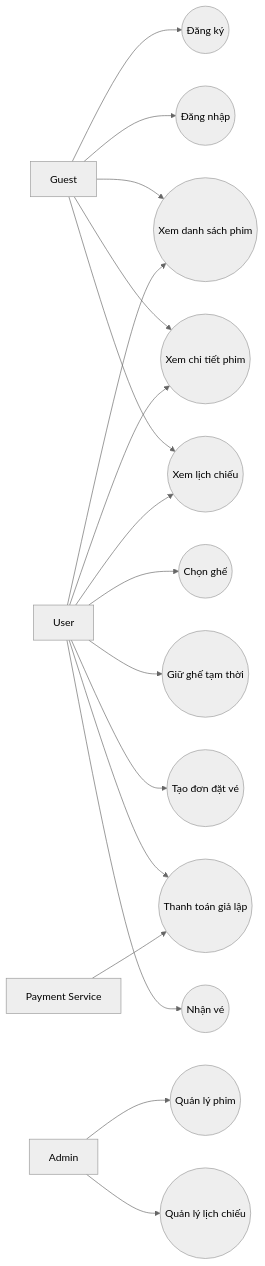
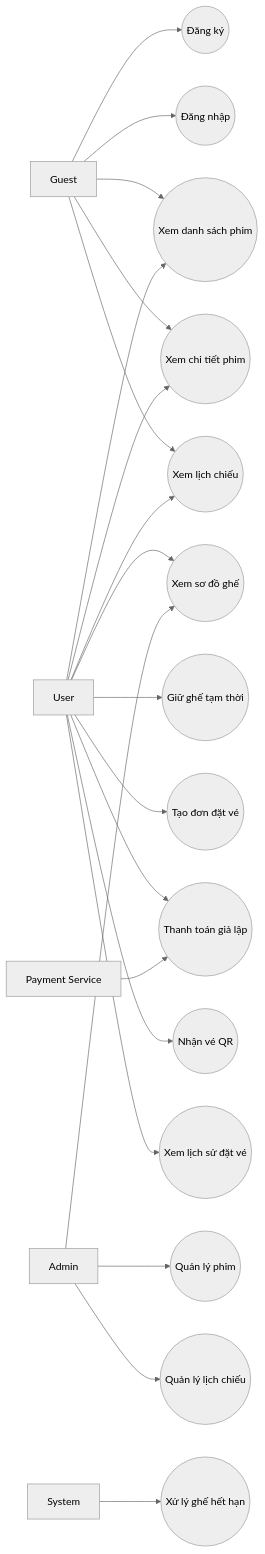
One commit to Minhhanh-zit/CNPM changed the first of 5 diagrams in .github/Tuần 3/[BA,DA-Child] Phân tích nghiệp vụ, đặc tả API, sơ đồ và test case/Ptich.md. Above: the diagram before and after it, drawn with Mermaid (neutral theme). The commit also changed other lines of this file, not shown here.

````diff
--- a/.github/Tuần 3/[BA,DA-Child] Phân tích nghiệp vụ, đặc tả API, sơ đồ và test case/Ptich.md
+++ b/.github/Tuần 3/[BA,DA-Child] Phân tích nghiệp vụ, đặc tả API, sơ đồ và test case/Ptich.md
@@ -285,40 +505,46 @@
 ```mermaid
 flowchart LR
     Guest[Guest]
     User[User]
     Admin[Admin]
     Payment[Payment Service]
+    System[System]
 
     UC1((Đăng ký))
     UC2((Đăng nhập))
     UC3((Xem danh sách phim))
     UC4((Xem chi tiết phim))
     UC5((Xem lịch chiếu))
-    UC6((Chọn ghế))
+    UC6((Xem sơ đồ ghế))
     UC7((Giữ ghế tạm thời))
     UC8((Tạo đơn đặt vé))
     UC9((Thanh toán giả lập))
-    UC10((Nhận vé))
-    UC11((Quản lý phim))
-    UC12((Quản lý lịch chiếu))
+    UC10((Nhận vé QR))
+    UC11((Xem lịch sử đặt vé))
+    UC12((Quản lý phim))
+    UC13((Quản lý lịch chiếu))
+    UC14((Xử lý ghế hết hạn))
 
     Guest --> UC1
     Guest --> UC2
     Guest --> UC3
     Guest --> UC4
     Guest --> UC5
 
     User --> UC3
     User --> UC4
     User --> UC5
     User --> UC6
     User --> UC7
     User --> UC8
     User --> UC9
     User --> UC10
+    User --> UC11
 
-    Admin --> UC11
     Admin --> UC12
+    Admin --> UC13
+    Admin --> UC6
 
     Payment --> UC9
+    System --> UC14
 ```
````
